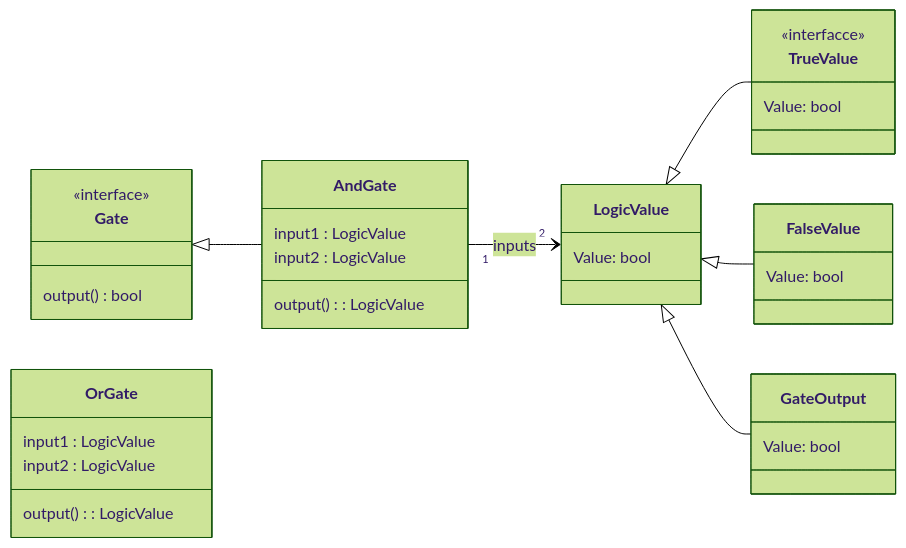
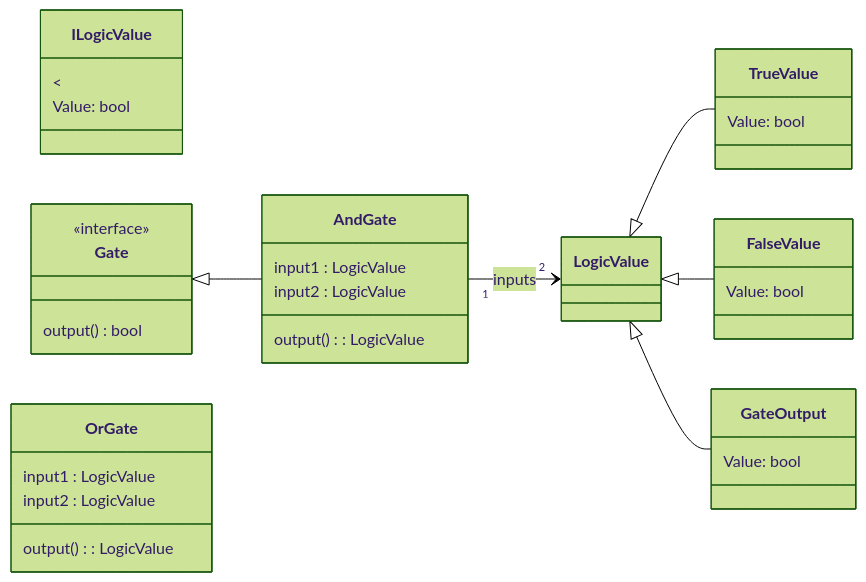
The diagram in DIAGRAM.md (nachoocorrea/Logic-gates), drawn with Mermaid (forest theme) before and after one commit.

Commit message:
Fix interface declaration and typo in DIAGRAM.md
Corrected interface declaration and typo in class diagram.

````diff
--- a/DIAGRAM.md
+++ b/DIAGRAM.md
@@ -1,49 +1,49 @@
 ```mermaid
 classDiagram
     direction LR
 
-    class LogicValue{
+    class ILogicValue{
+        <<interface>
         Value: bool
     }
 
     class TrueValue{
-        <<interfacce>>
         Value: bool
     }
 
     class FalseValue{
         Value: bool
     }
 
     class GateOutput{
         Value: bool
     }
     
     class Gate{
         <<interface>>
         output() bool
     }
 
     class AndGate{
         input1 : LogicValue
         input2 : LogicValue
         output() : LogicValue
     }
 
     class OrGate{
         input1 : LogicValue
         input2 : LogicValue
         output() : LogicValue
     }
 
     %% Relaciones 
     LogicValue <|-- TrueValue
     LogicValue <|-- FalseValue
     LogicValue <|-- GateOutput
 
     %% Implementacion de la interfaz Gate
     Gate <|-- AndGate
 
     %% Relación de asociación: AndGate contiene/recibe instancias de LogicValue
     AndGate "1" --> "2" LogicValue : inputs
 ```
````
